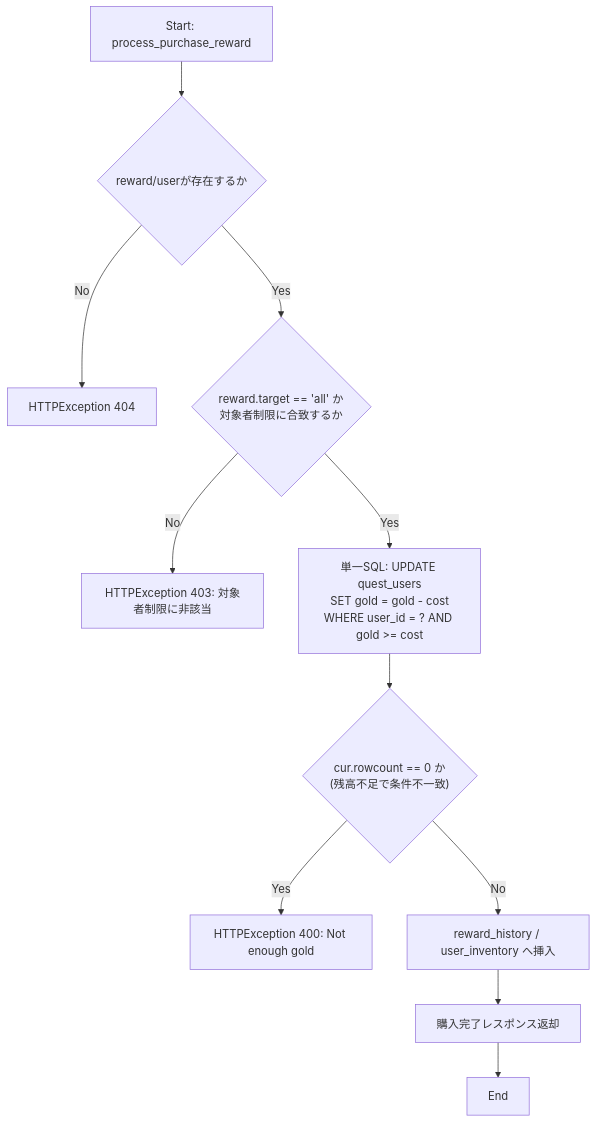
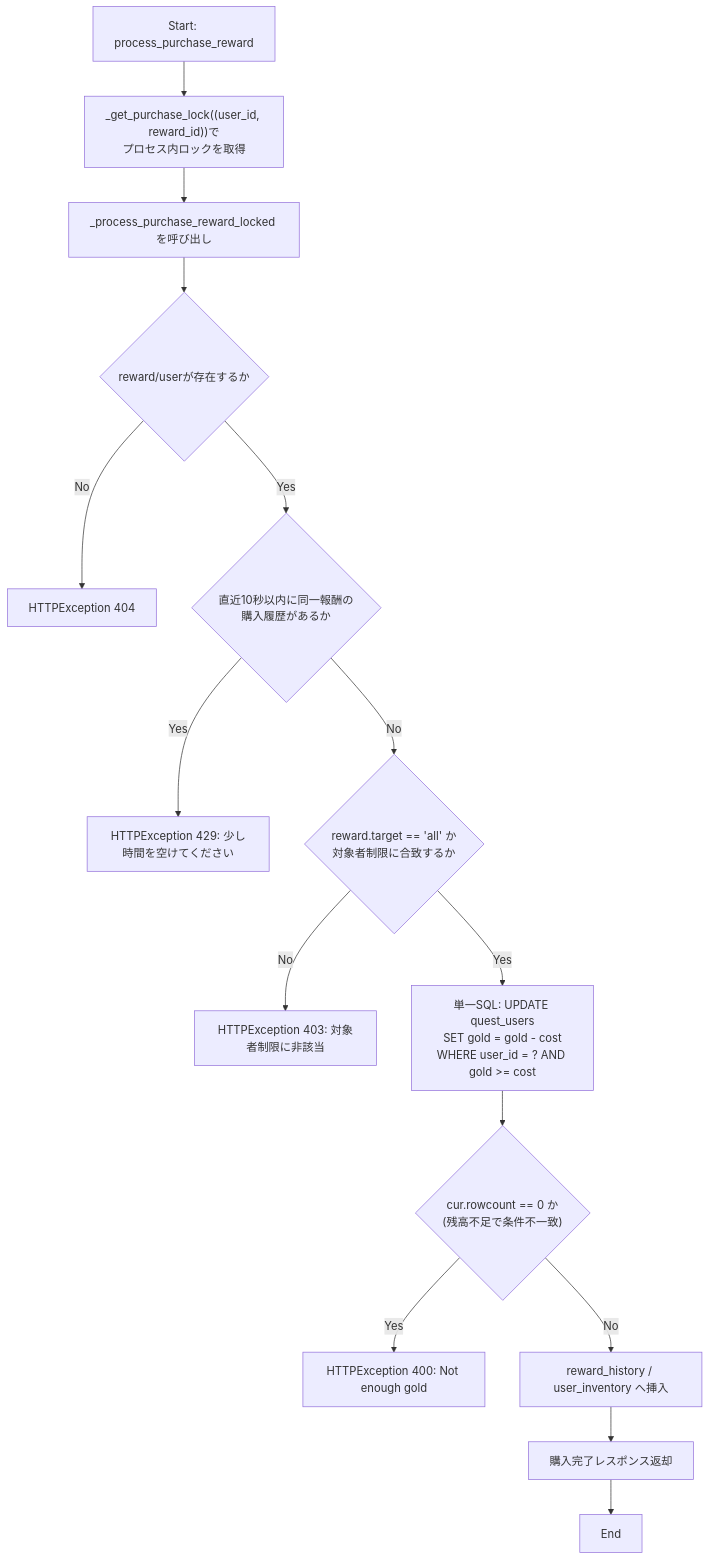
Before and after one commit to mmtigers/my_python_project: the second of 5 diagrams in docs/specifications/MY_HOME_SYSTEM/quest_service.md, drawn with Mermaid. The commit also changed other lines of this file and 4 other files, not shown here.

````diff
--- a/docs/specifications/MY_HOME_SYSTEM/quest_service.md
+++ b/docs/specifications/MY_HOME_SYSTEM/quest_service.md
@@ -583,14 +624,18 @@
 ```mermaid
 flowchart TD
-    PStart[Start: process_purchase_reward] --> PSelect{"reward/userが存在するか"}
+    PStart[Start: process_purchase_reward] --> PAcquireLock["_get_purchase_lock((user_id, reward_id))で<br>プロセス内ロックを取得"]
+    PAcquireLock --> PCallLocked["_process_purchase_reward_locked を呼び出し"]
+    PCallLocked --> PSelect{"reward/userが存在するか"}
     PSelect -- No --> PErr404[HTTPException 404]
-    PSelect -- Yes --> PTargetCheck{"reward.target == 'all' か<br>対象者制限に合致するか"}
+    PSelect -- Yes --> PSpamCheck{"直近10秒以内に同一報酬の<br>購入履歴があるか"}
+    PSpamCheck -- Yes --> PErr429[HTTPException 429: 少し時間を空けてください]
+    PSpamCheck -- No --> PTargetCheck{"reward.target == 'all' か<br>対象者制限に合致するか"}
     PTargetCheck -- No --> PErr403[HTTPException 403: 対象者制限に非該当]
     PTargetCheck -- Yes --> PAtomicUpdate["単一SQL: UPDATE quest_users<br>SET gold = gold - cost<br>WHERE user_id = ? AND gold >= cost"]
     PAtomicUpdate --> PRowCheck{"cur.rowcount == 0 か<br>(残高不足で条件不一致)"}
     PRowCheck -- Yes --> PErr400[HTTPException 400: Not enough gold]
     PRowCheck -- No --> PInsertHistory["reward_history / user_inventory へ挿入"]
     PInsertHistory --> PReturn["購入完了レスポンス返却"]
     PReturn --> PEnd[End]
 
 ```
````
